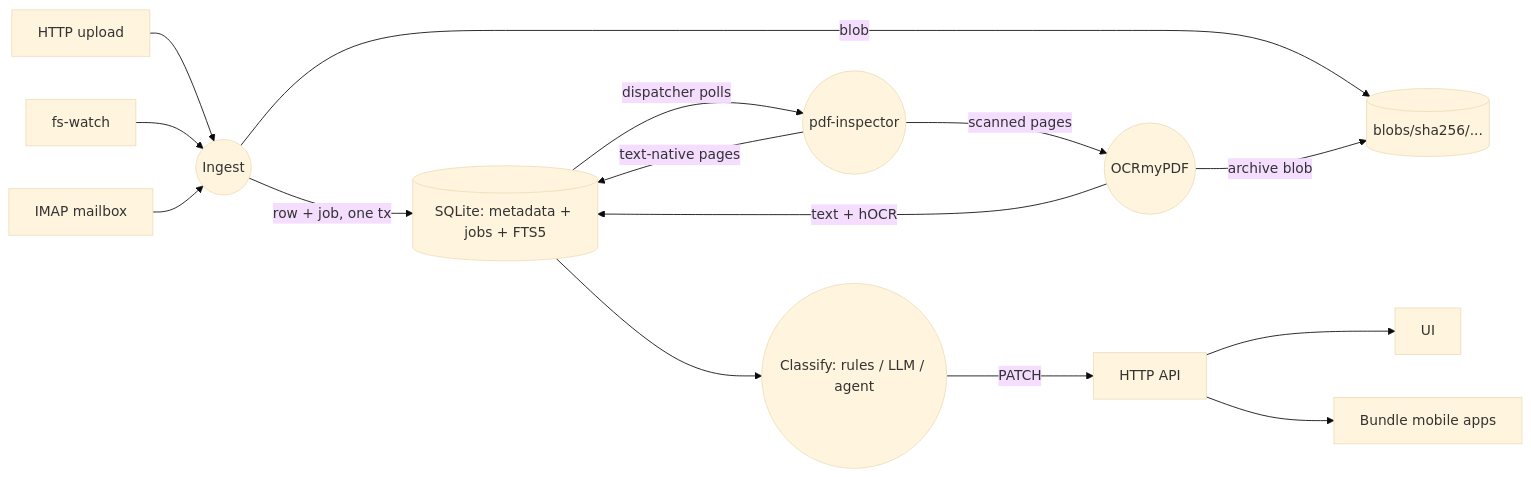
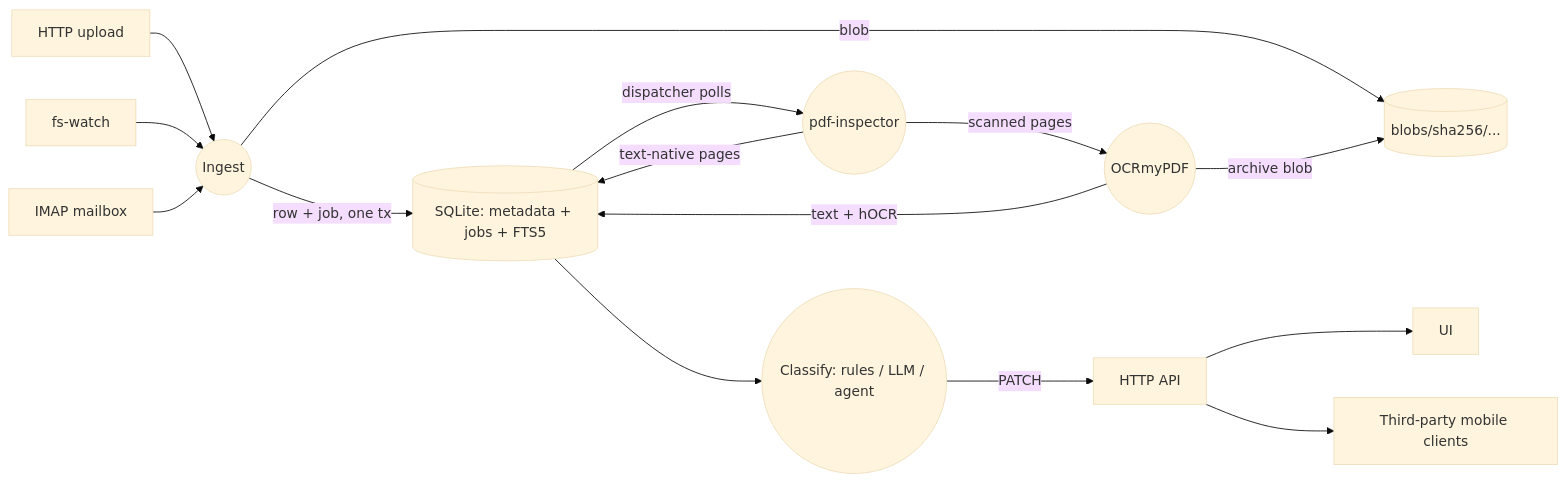
The first of 2 diagrams in docs/architecture.mdx (johnnybravo-xyz/suchi), drawn with Mermaid (base theme) before and after one commit. The commit also changed 42 other files, not shown here.

````diff
--- a/docs/architecture.mdx
+++ b/docs/architecture.mdx
@@ -64,17 +64,17 @@
 ```mermaid
 flowchart LR
     UP[HTTP upload] --> ING((Ingest))
     FS[fs-watch] --> ING
     MAIL[IMAP mailbox] --> ING
     ING -->|blob| CAS[(blobs/sha256/...)]
     ING -->|row + job, one tx| DB[(SQLite: metadata + jobs + FTS5)]
     DB -->|dispatcher polls| SNIFF((pdf-inspector))
     SNIFF -->|text-native pages| DB
     SNIFF -->|scanned pages| OCR((OCRmyPDF))
     OCR -->|archive blob| CAS
     OCR -->|text + hOCR| DB
     DB --> CLS((Classify: rules / LLM / agent))
     CLS -->|PATCH| API[HTTP API]
     API --> UI
-    API --> MOB[Bundle mobile apps]
+    API --> MOB[Third-party mobile clients]
 ```
````
